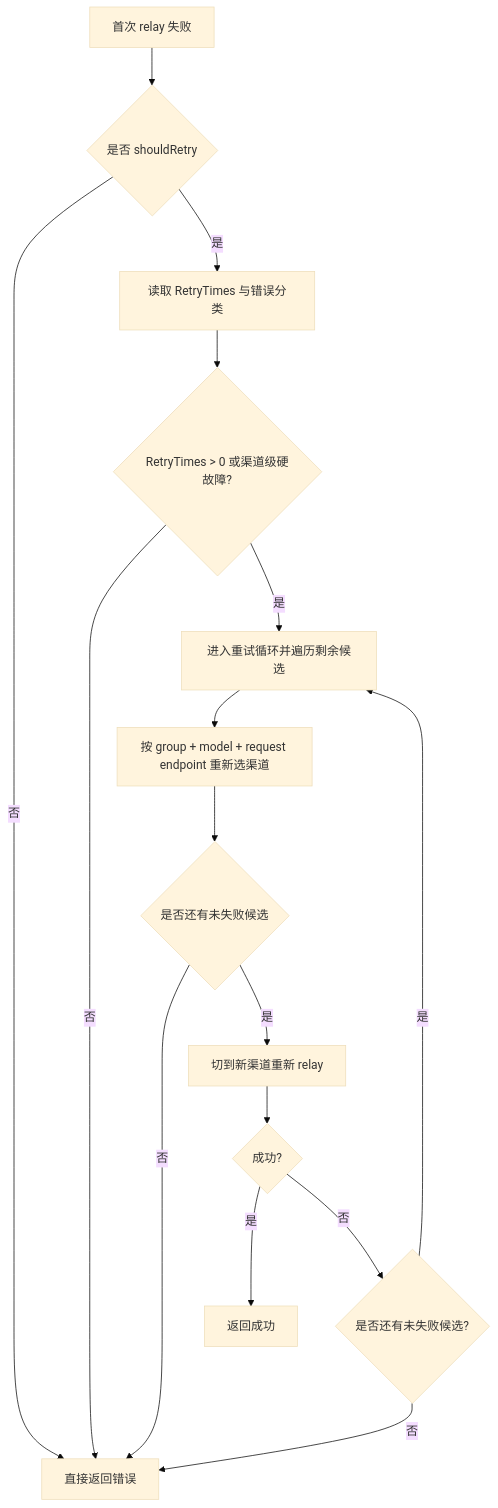
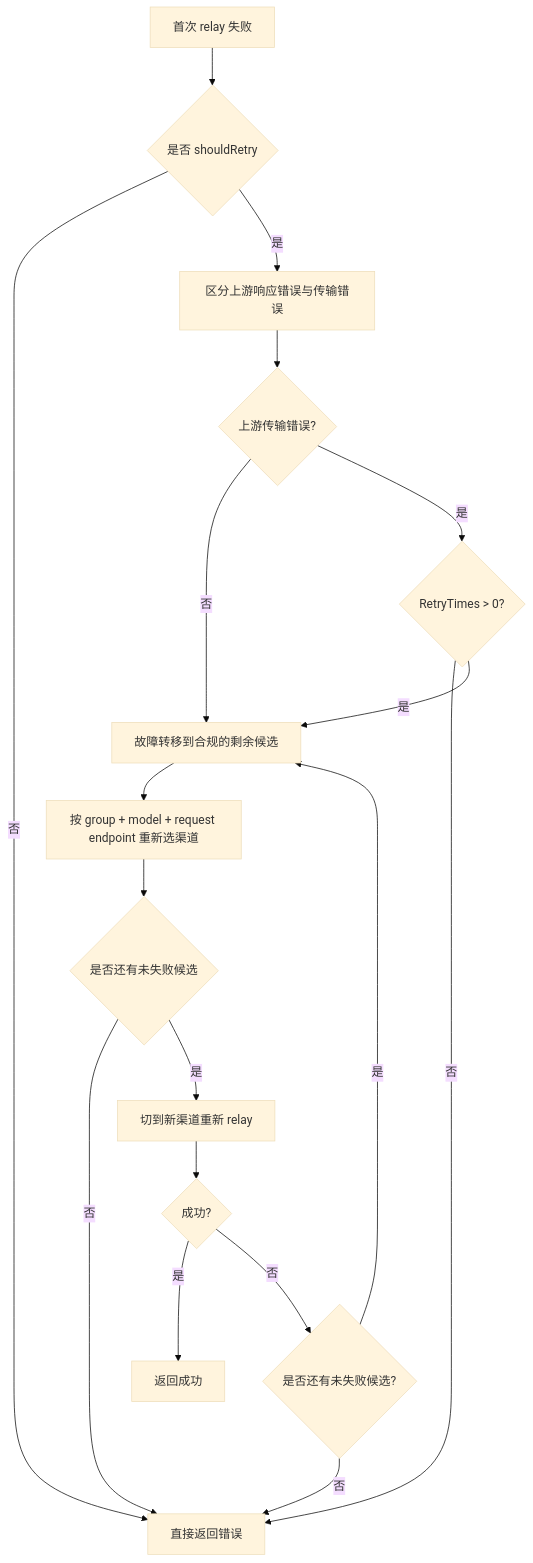
One commit to liuppx/router changed the fifth of 5 diagrams in docs/模型路由/选路决策流程.md. Above: the diagram before and after it, drawn with Mermaid (base theme). The commit also changed other lines of this file and 9 other files, not shown here.

````diff
--- a/docs/模型路由/选路决策流程.md
+++ b/docs/模型路由/选路决策流程.md
@@ -332,18 +334,20 @@
 ```mermaid
 flowchart TD
     A[首次 relay 失败] --> B{是否 shouldRetry}
     B -- 否 --> X[直接返回错误]
-    B -- 是 --> C[读取 RetryTimes 与错误分类]
-    C --> D{RetryTimes > 0 或渠道级硬故障?}
-    D -- 否 --> X
-    D -- 是 --> E[进入重试循环并遍历剩余候选]
-    E --> F[按 group + model + request endpoint 重新选渠道]
-    F --> G{是否还有未失败候选}
-    G -- 否 --> X
-    G -- 是 --> H[切到新渠道重新 relay]
-    H --> I{成功?}
-    I -- 是 --> Y[返回成功]
-    I -- 否 --> J{是否还有未失败候选?}
-    J -- 是 --> E
-    J -- 否 --> X
+    B -- 是 --> C[区分上游响应错误与传输错误]
+    C --> D{上游传输错误?}
+    D -- 否 --> E[故障转移到合规的剩余候选]
+    D -- 是 --> F{RetryTimes > 0?}
+    F -- 否 --> X
+    F -- 是 --> E
+    E --> G[按 group + model + request endpoint 重新选渠道]
+    G --> H{是否还有未失败候选}
+    H -- 否 --> X
+    H -- 是 --> I[切到新渠道重新 relay]
+    I --> J{成功?}
+    J -- 是 --> Y[返回成功]
+    J -- 否 --> K{是否还有未失败候选?}
+    K -- 是 --> E
+    K -- 否 --> X
 ```
````
